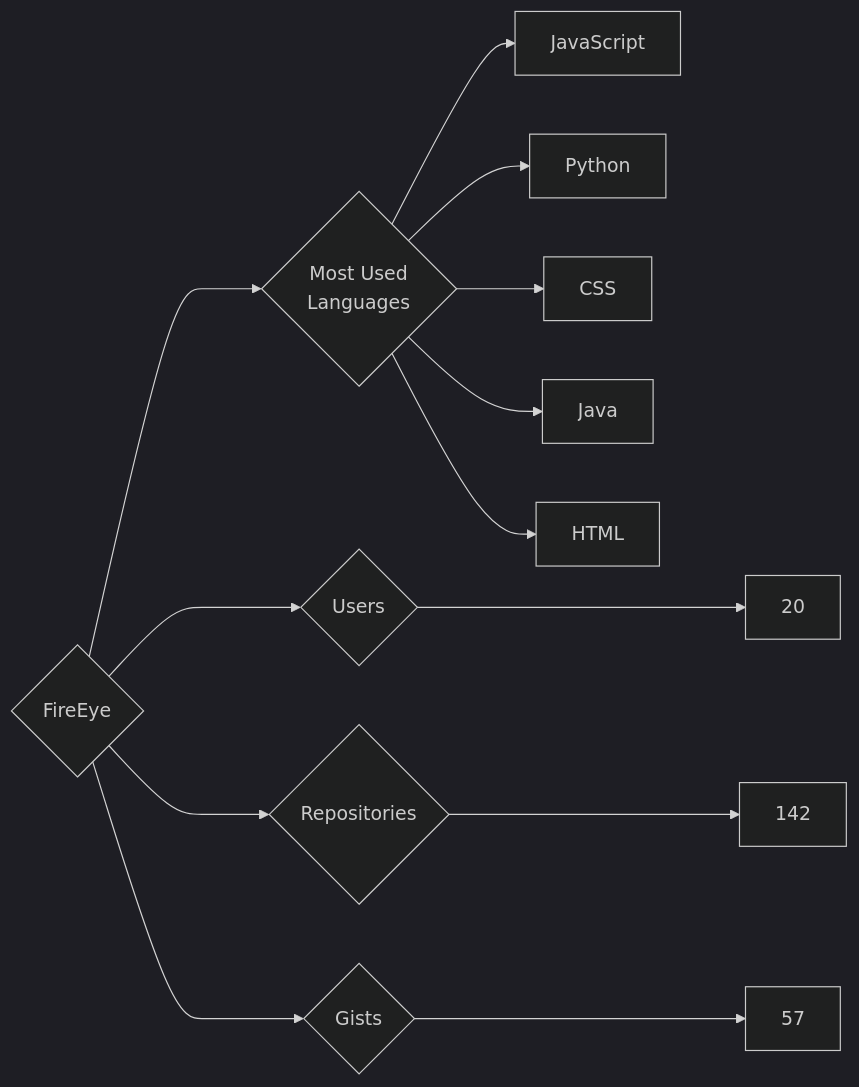
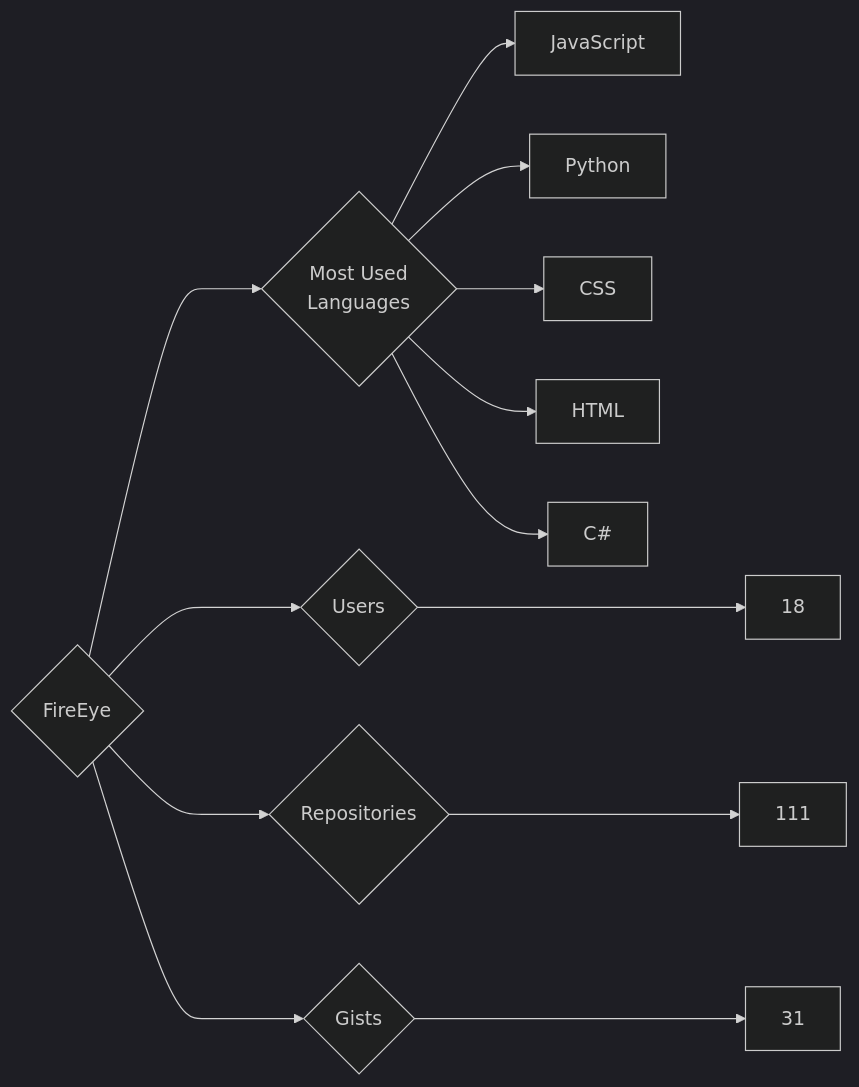
The diagram in targets/FireEye/README.md (trickest/insiders), drawn with Mermaid (dark theme) before and after one commit. The commit also changed 927 other files, not shown here.

````diff
--- a/targets/FireEye/README.md
+++ b/targets/FireEye/README.md
@@ -3,13 +3,13 @@
 ```mermaid
 graph LR
 COMPANY_NAME{FireEye}
-COMPANY_NAME ---> U{Users} ---> UN[20]
-COMPANY_NAME ---> R{Repositories} ---> RN[142]
-COMPANY_NAME ---> G{Gists} ---> GN[57]
+COMPANY_NAME ---> U{Users} ---> UN[18]
+COMPANY_NAME ---> R{Repositories} ---> RN[111]
+COMPANY_NAME ---> G{Gists} ---> GN[31]
 COMPANY_NAME ---> ML{Most Used<br>Languages}
 ML --> JavaScript[JavaScript]
 ML --> Python[Python]
 ML --> CSS[CSS]
-ML --> Java[Java]
 ML --> HTML[HTML]
+ML --> C#[C#]
 ```
````
